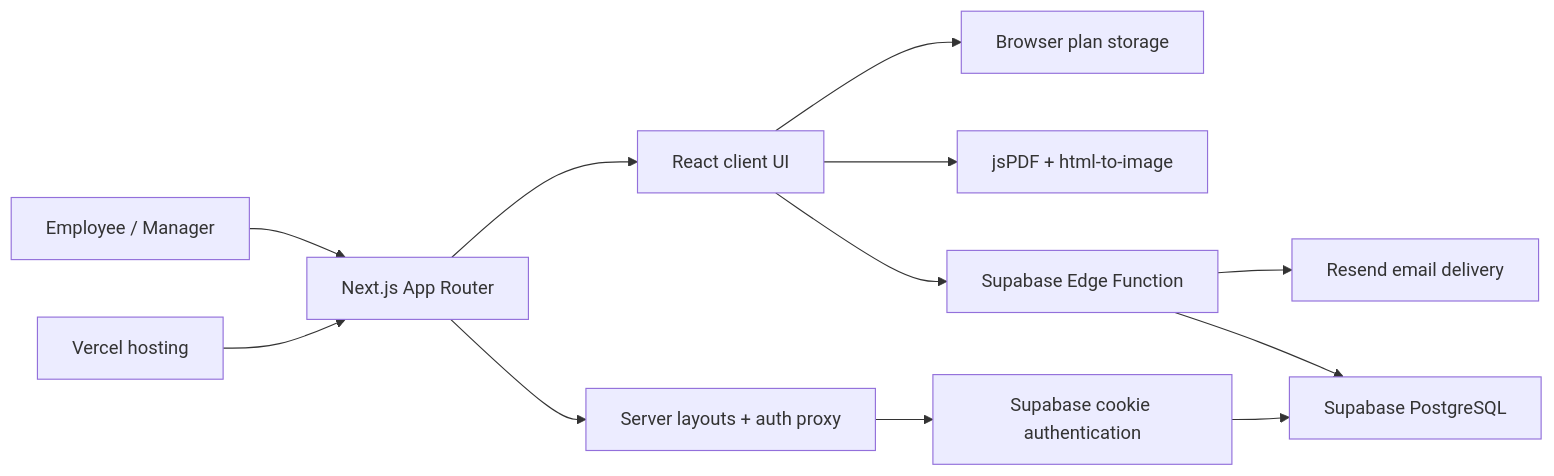
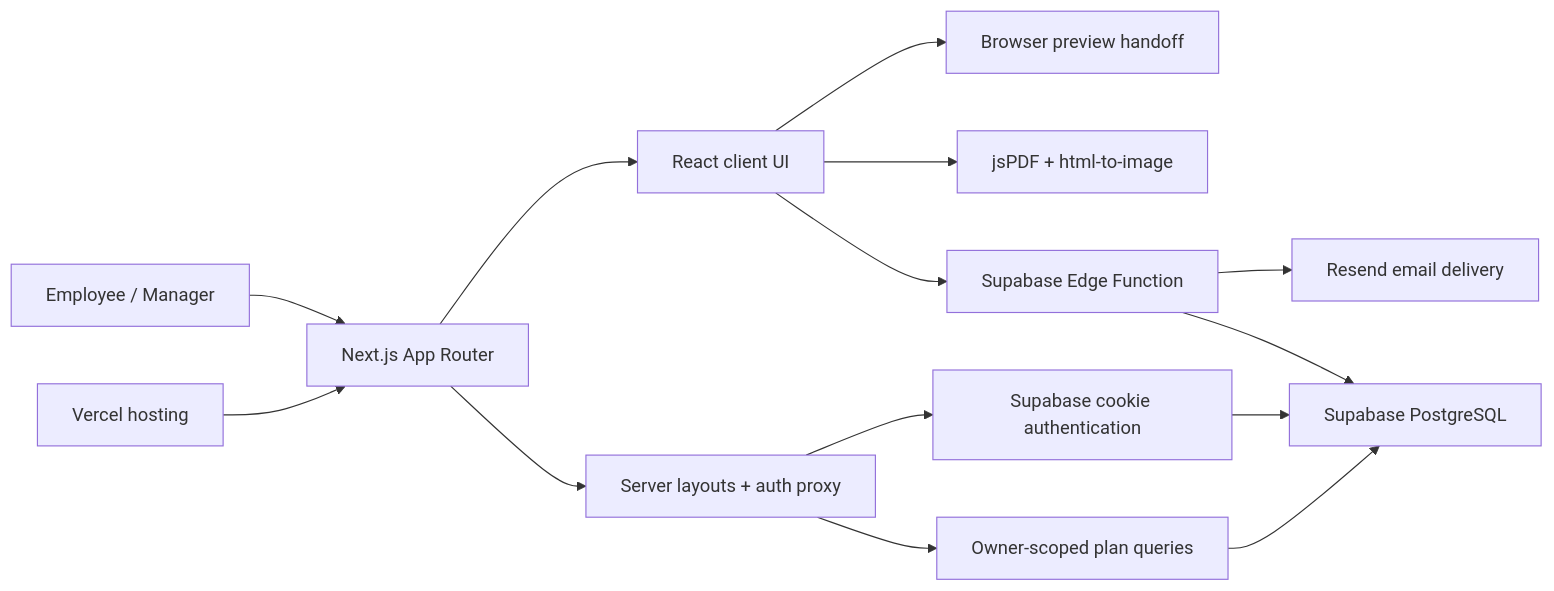
Before and after one commit to mateen9ostech-hash/OakBoard-Employee-Onboarding-Form: the diagram in README.md, drawn with Mermaid. The commit also changed other lines of this file and 32 other files, not shown here.

````diff
--- a/README.md
+++ b/README.md
@@ -13,14 +13,16 @@
 ```mermaid
 flowchart LR
     User["Employee / Manager"] --> App["Next.js App Router"]
     Vercel["Vercel hosting"] --> App
     App --> Client["React client UI"]
     App --> Server["Server layouts + auth proxy"]
-    Client --> Storage["Browser plan storage"]
+    Client --> Draft["Browser preview handoff"]
     Client --> PDF["jsPDF + html-to-image"]
     Client --> Function["Supabase Edge Function"]
     Server --> Auth["Supabase cookie authentication"]
     Function --> Resend["Resend email delivery"]
+    Server --> Plans["Owner-scoped plan queries"]
     Auth --> PostgreSQL["Supabase PostgreSQL"]
+    Plans --> PostgreSQL
     Function --> PostgreSQL
 ```
````
